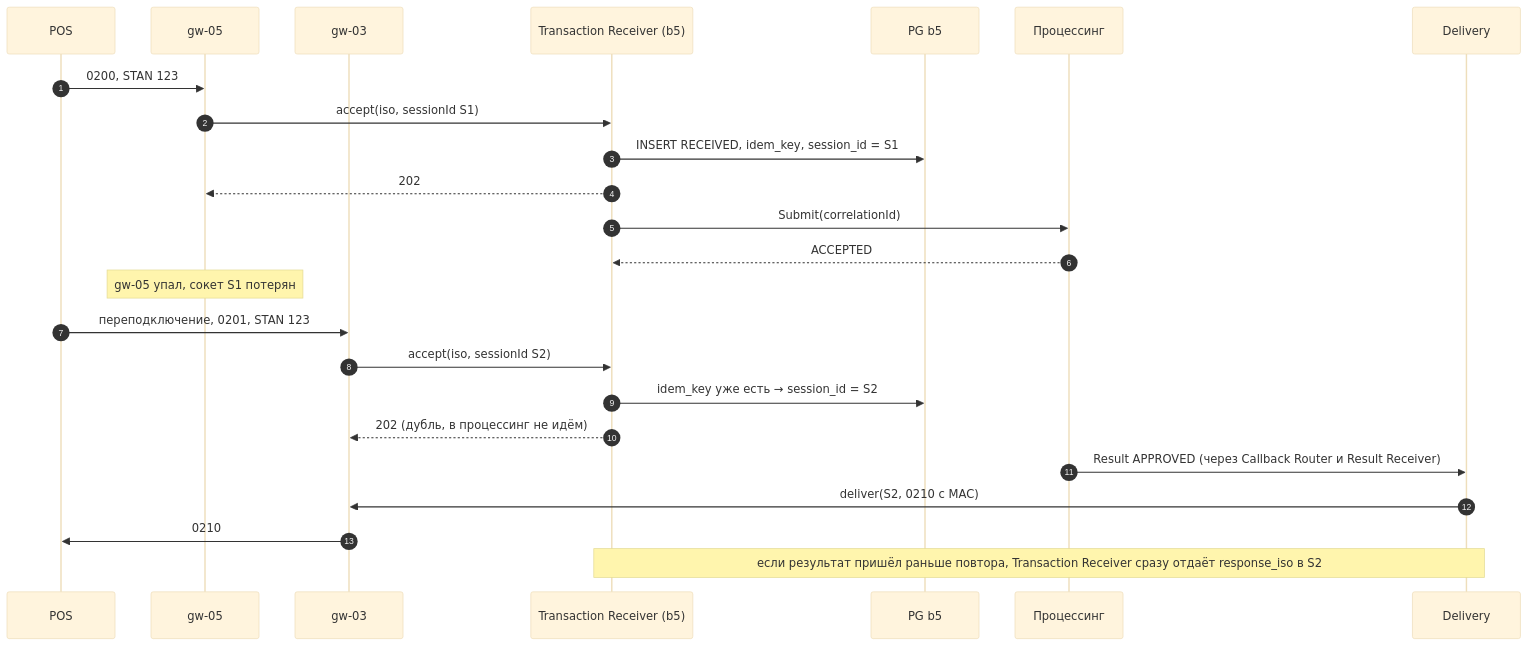
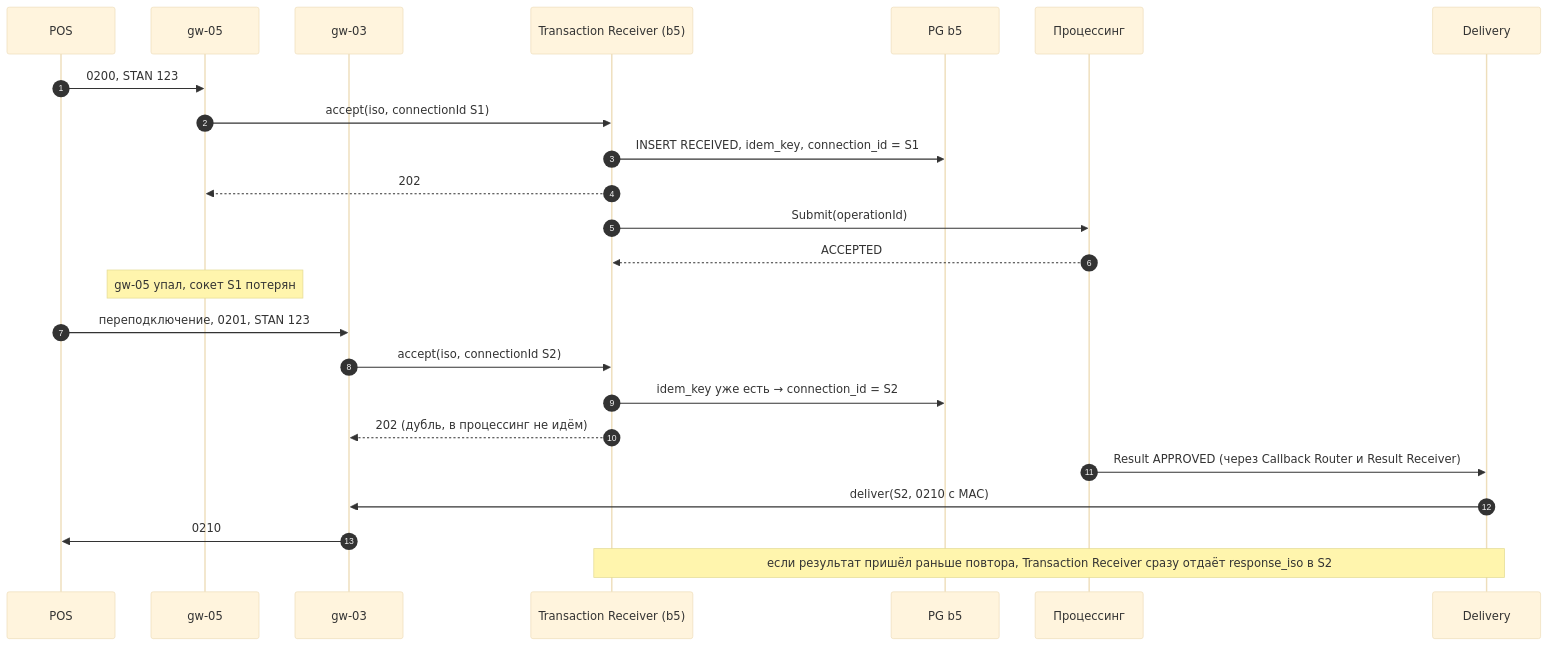
One commit to xrudenkov/L2 changed the fourth of 8 diagrams in docs/design/preprocessing.md. Above: the diagram before and after it, drawn with Mermaid (base theme). The commit also changed other lines of this file and 20 other files, not shown here.

````diff
--- a/docs/design/preprocessing.md
+++ b/docs/design/preprocessing.md
@@ -572,26 +596,26 @@
 ```mermaid
 sequenceDiagram
     autonumber
     participant P as POS
     participant G5 as gw-05
     participant G3 as gw-03
     participant A as Transaction Receiver (b5)
     participant DB as PG b5
     participant PR as Процессинг
     participant DL as Delivery
     P->>G5: 0200, STAN 123
-    G5->>A: accept(iso, sessionId S1)
-    A->>DB: INSERT RECEIVED, idem_key, session_id = S1
+    G5->>A: accept(iso, connectionId S1)
+    A->>DB: INSERT RECEIVED, idem_key, connection_id = S1
     A-->>G5: 202
-    A->>PR: Submit(correlationId)
+    A->>PR: Submit(operationId)
     PR-->>A: ACCEPTED
     Note over G5: gw-05 упал, сокет S1 потерян
     P->>G3: переподключение, 0201, STAN 123
-    G3->>A: accept(iso, sessionId S2)
-    A->>DB: idem_key уже есть → session_id = S2
+    G3->>A: accept(iso, connectionId S2)
+    A->>DB: idem_key уже есть → connection_id = S2
     A-->>G3: 202 (дубль, в процессинг не идём)
     PR->>DL: Result APPROVED (через Callback Router и Result Receiver)
     DL->>G3: deliver(S2, 0210 с MAC)
     G3->>P: 0210
     Note over A,DL: если результат пришёл раньше повтора, Transaction Receiver сразу отдаёт response_iso в S2
 ```
````
